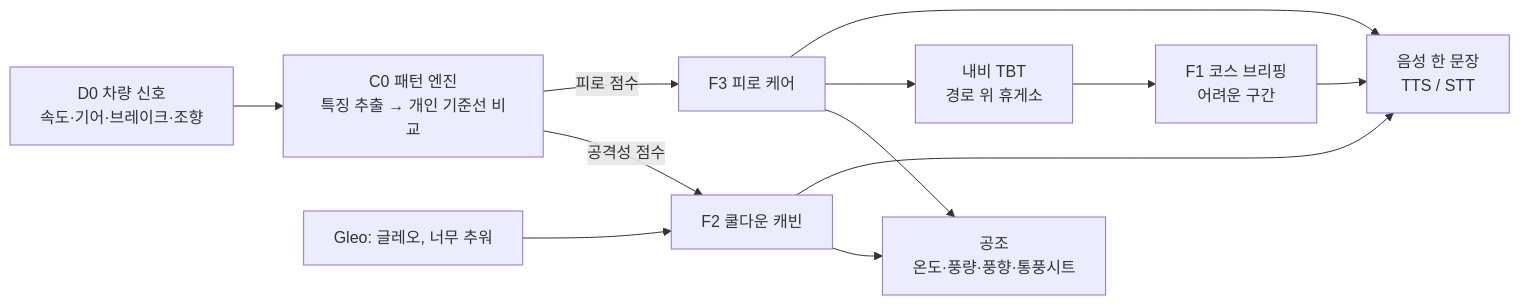
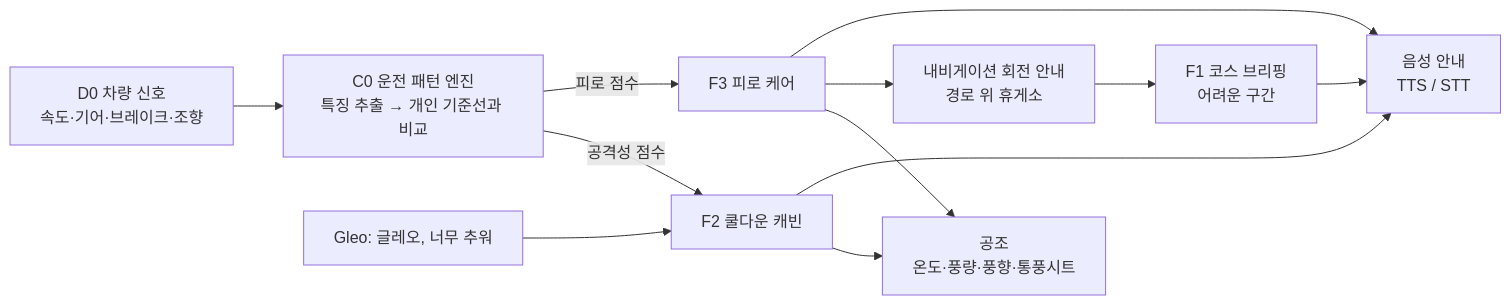
The diagram in README.md (CoolDownTeam/cooldown-copilot), drawn with Mermaid before and after one commit. The commit also changed other lines of this file and 3 other files, not shown here.

````diff
--- a/README.md
+++ b/README.md
@@ -87,13 +86,13 @@
 ```mermaid
 flowchart LR
-    D0["D0 차량 신호<br/>속도·기어·브레이크·조향"] --> C0["C0 패턴 엔진<br/>특징 추출 → 개인 기준선 비교"]
+    D0["D0 차량 신호<br/>속도·기어·브레이크·조향"] --> C0["C0 운전 패턴 엔진<br/>특징 추출 → 개인 기준선과 비교"]
     C0 -->|공격성 점수| F2["F2 쿨다운 캐빈"]
     C0 -->|피로 점수| F3["F3 피로 케어"]
     F2 --> HVAC["공조<br/>온도·풍량·풍향·통풍시트"]
     F3 --> HVAC
-    F3 --> NAVI["내비 TBT<br/>경로 위 휴게소"]
-    F2 & F3 --> VOICE["음성 한 문장<br/>TTS / STT"]
+    F3 --> NAVI["내비게이션 회전 안내<br/>경로 위 휴게소"]
+    F2 & F3 --> VOICE["음성 안내<br/>TTS / STT"]
     GLEO["Gleo: 글레오, 너무 추워"] --> F2
     NAVI --> F1["F1 코스 브리핑<br/>어려운 구간"]
     F1 --> VOICE
 ```
````
